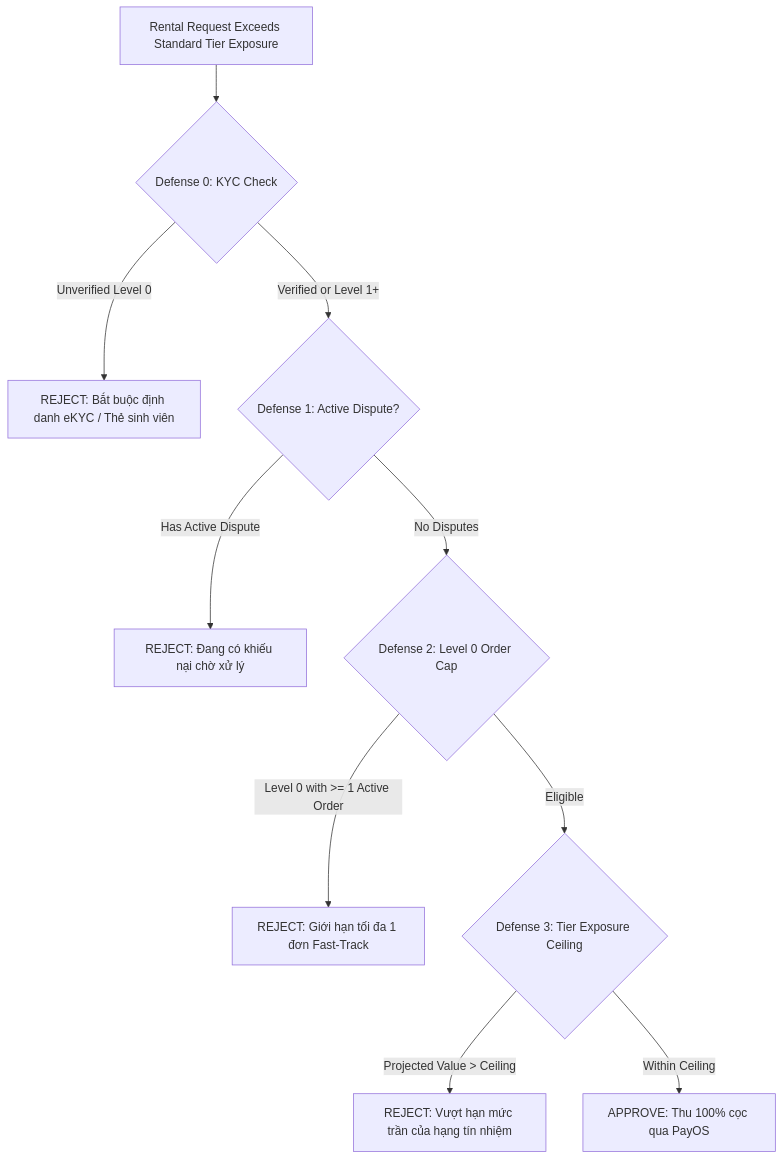
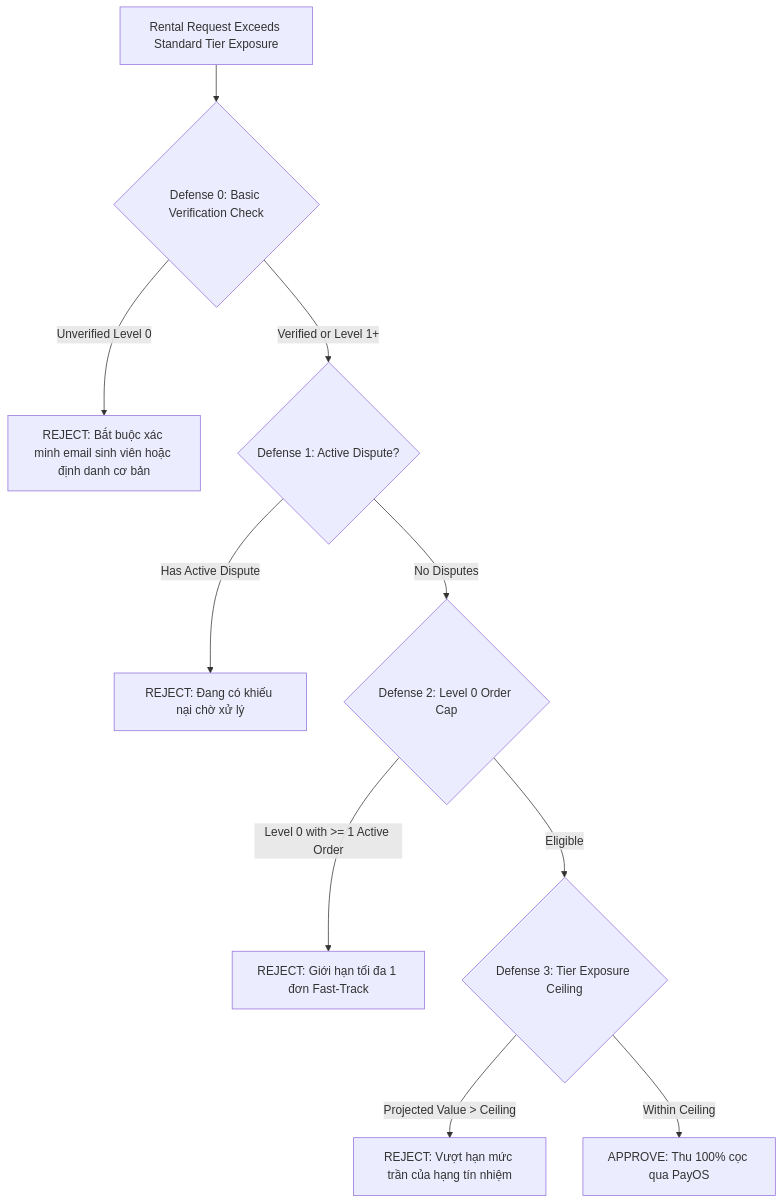
The diagram in docs/PRODUCTION_AUDIT_REPORT.md (noorsmits85-th/cloop-), drawn with Mermaid before and after one commit. The commit also changed other lines of this file and 1 other file, not shown here.

````diff
--- a/docs/PRODUCTION_AUDIT_REPORT.md
+++ b/docs/PRODUCTION_AUDIT_REPORT.md
@@ -35,12 +39,12 @@
 ```mermaid
 graph TD
-    A[Rental Request Exceeds Standard Tier Exposure] --> B{Defense 0: KYC Check}
-    B -->|Unverified Level 0| R0[REJECT: Bắt buộc định danh eKYC / Thẻ sinh viên]
+    A[Rental Request Exceeds Standard Tier Exposure] --> B{Defense 0: Basic Verification Check}
+    B -->|Unverified Level 0| R0[REJECT: Bắt buộc xác minh email sinh viên hoặc định danh cơ bản]
     B -->|Verified or Level 1+| C{Defense 1: Active Dispute?}
     C -->|Has Active Dispute| R1[REJECT: Đang có khiếu nại chờ xử lý]
     C -->|No Disputes| D{Defense 2: Level 0 Order Cap}
     D -->|Level 0 with >= 1 Active Order| R2[REJECT: Giới hạn tối đa 1 đơn Fast-Track]
     D -->|Eligible| E{Defense 3: Tier Exposure Ceiling}
     E -->|Projected Value > Ceiling| R3[REJECT: Vượt hạn mức trần của hạng tín nhiệm]
     E -->|Within Ceiling| OK[APPROVE: Thu 100% cọc qua PayOS]
 ```
````
